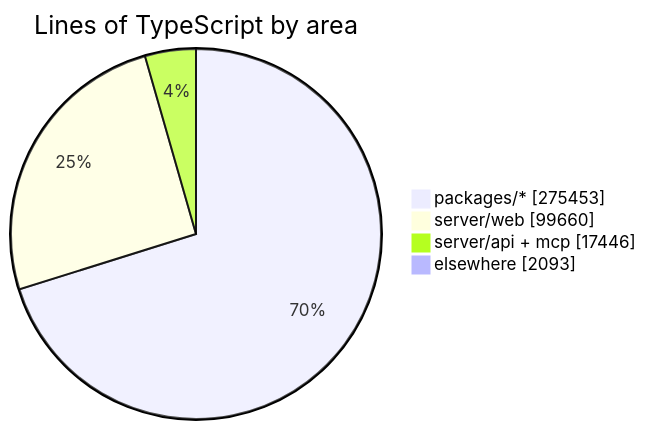
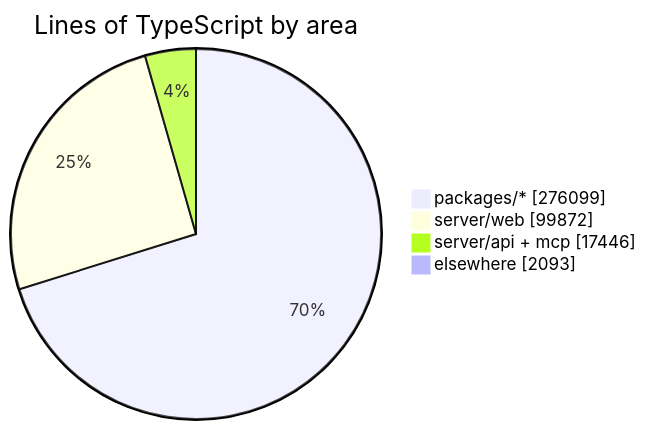
Before and after one commit to crossworks-engineering/mantle: the diagram in README.md, drawn with Mermaid. The commit also changed other lines of this file and 2 other files, not shown here.

````diff
--- a/README.md
+++ b/README.md
@@ -294,7 +294,7 @@
 ```mermaid
 pie showData title Lines of TypeScript by area
-    "packages/*" : 275453
-    "server/web" : 99660
+    "packages/*" : 276099
+    "server/web" : 99872
     "server/api + mcp" : 17446
     "elsewhere" : 2093
 ```
````
